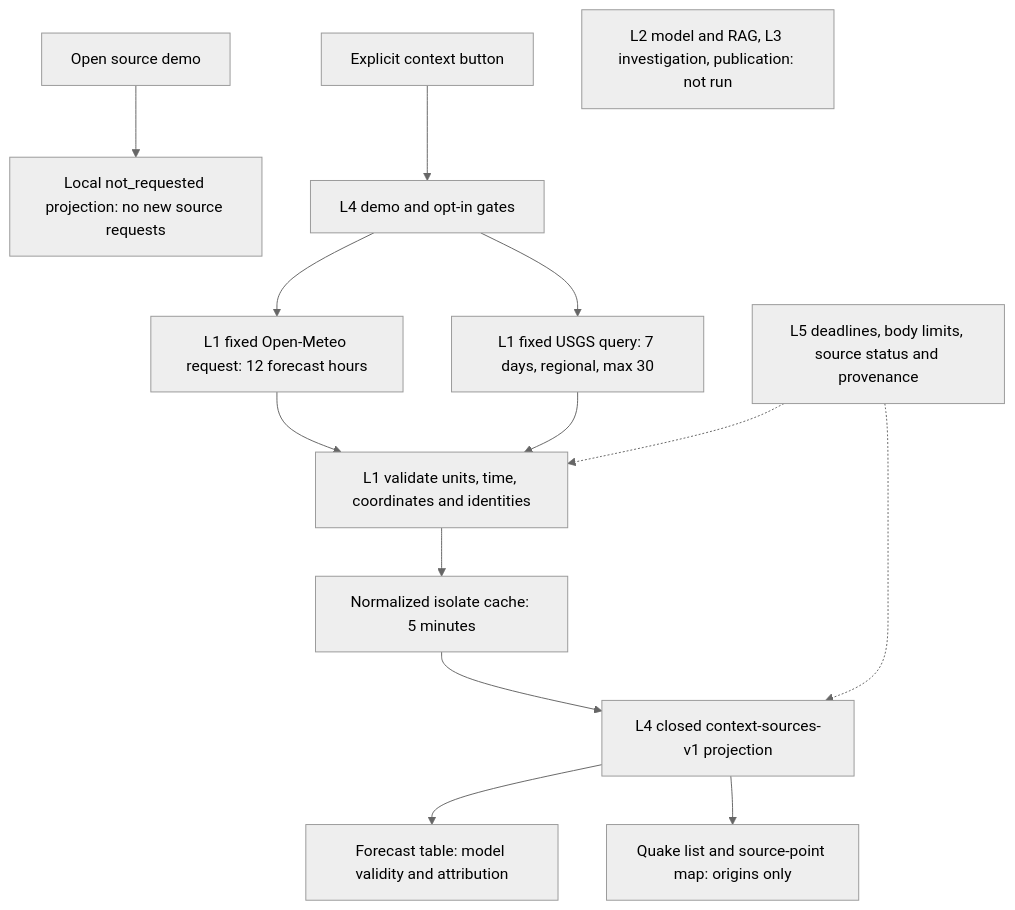
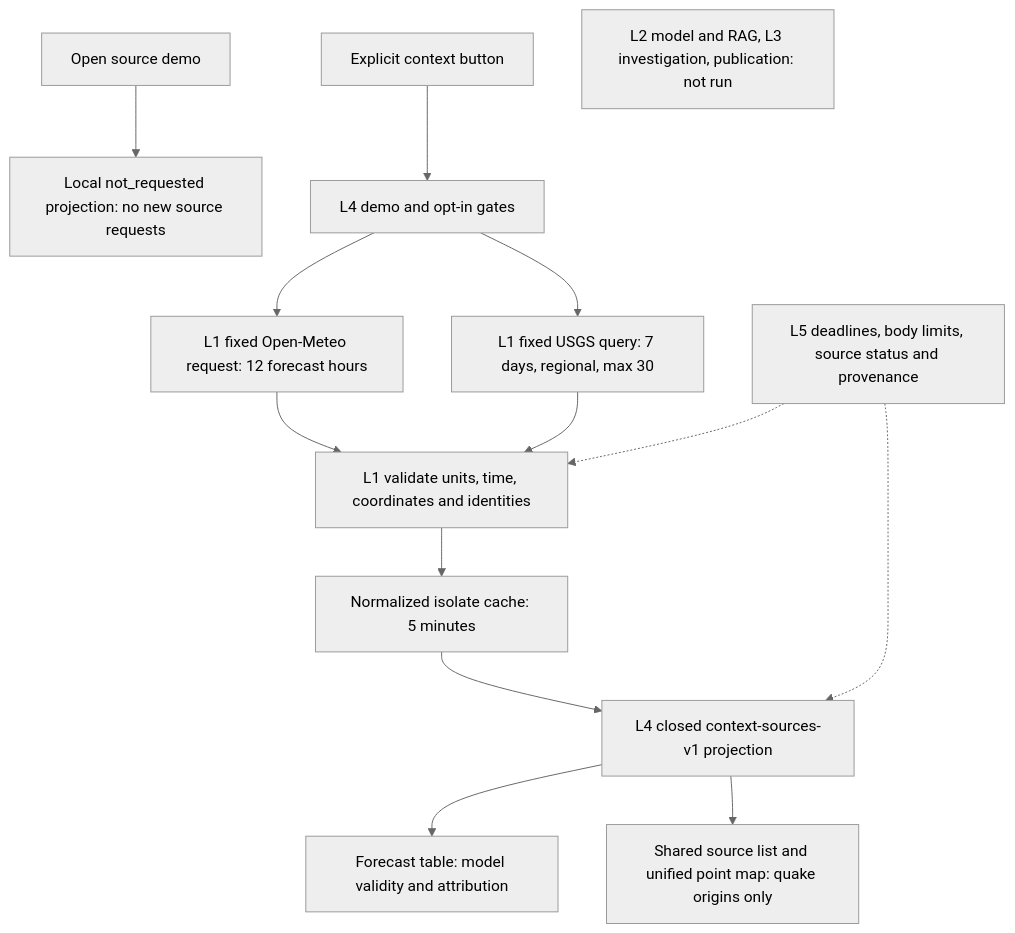
The diagram in docs/CONTEXT_SOURCE_EXPANSION.md (Asassinoooo/Waspada-Jakarta), drawn with Mermaid (neutral theme) before and after one commit. The commit also changed other lines of this file and 10 other files, not shown here.

Commit message:
docs(UI-03): accept reviewed map-first source explorer checkpoint

````diff
--- a/docs/CONTEXT_SOURCE_EXPANSION.md
+++ b/docs/CONTEXT_SOURCE_EXPANSION.md
@@ -15,16 +15,16 @@
 ```mermaid
 flowchart TD
   U[Open source demo] --> N[Local not_requested projection: no new source requests]
   B[Explicit context button] --> G[L4 demo and opt-in gates]
   G --> W[L1 fixed Open-Meteo request: 12 forecast hours]
   G --> Q[L1 fixed USGS query: 7 days, regional, max 30]
   W --> V[L1 validate units, time, coordinates and identities]
   Q --> V
   V --> C[Normalized isolate cache: 5 minutes]
   C --> P[L4 closed context-sources-v1 projection]
   P --> T[Forecast table: model validity and attribution]
-  P --> M[Quake list and source-point map: origins only]
+  P --> M[Shared source list and unified point map: quake origins only]
   L5[L5 deadlines, body limits, source status and provenance] -.-> V
   L5 -.-> P
   X[L2 model and RAG, L3 investigation, publication: not run]
 ```
````
